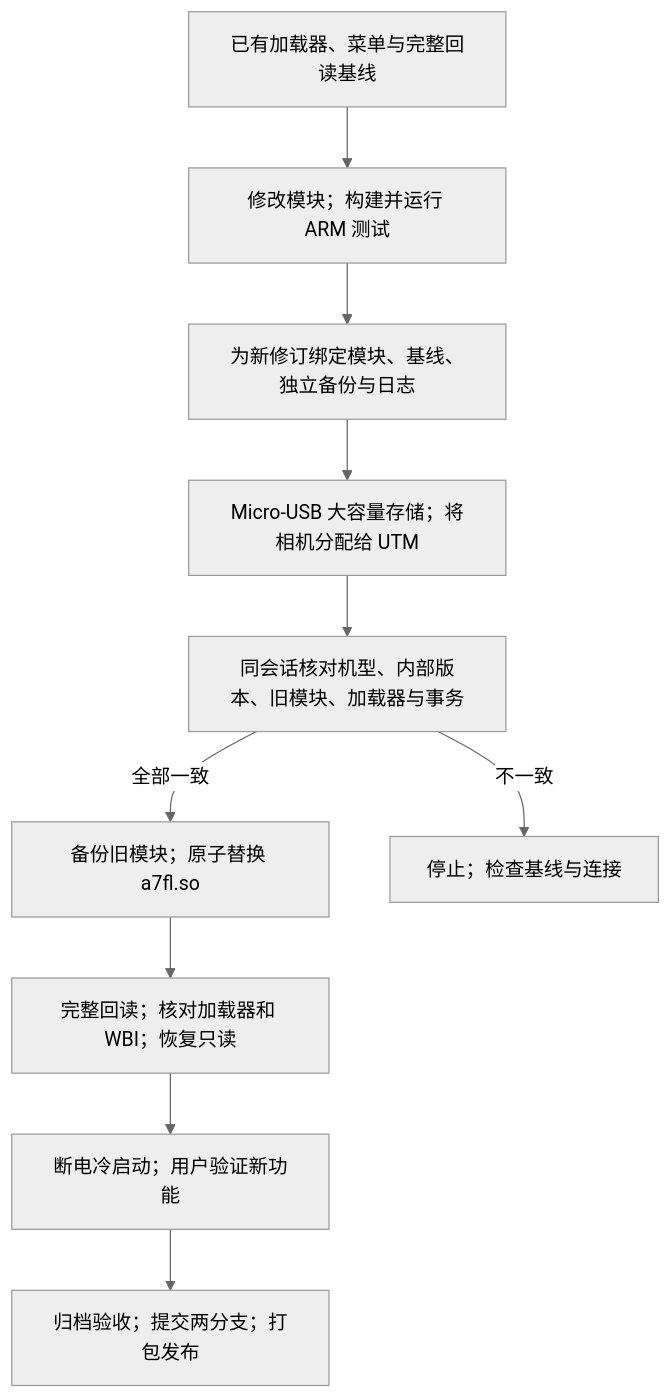
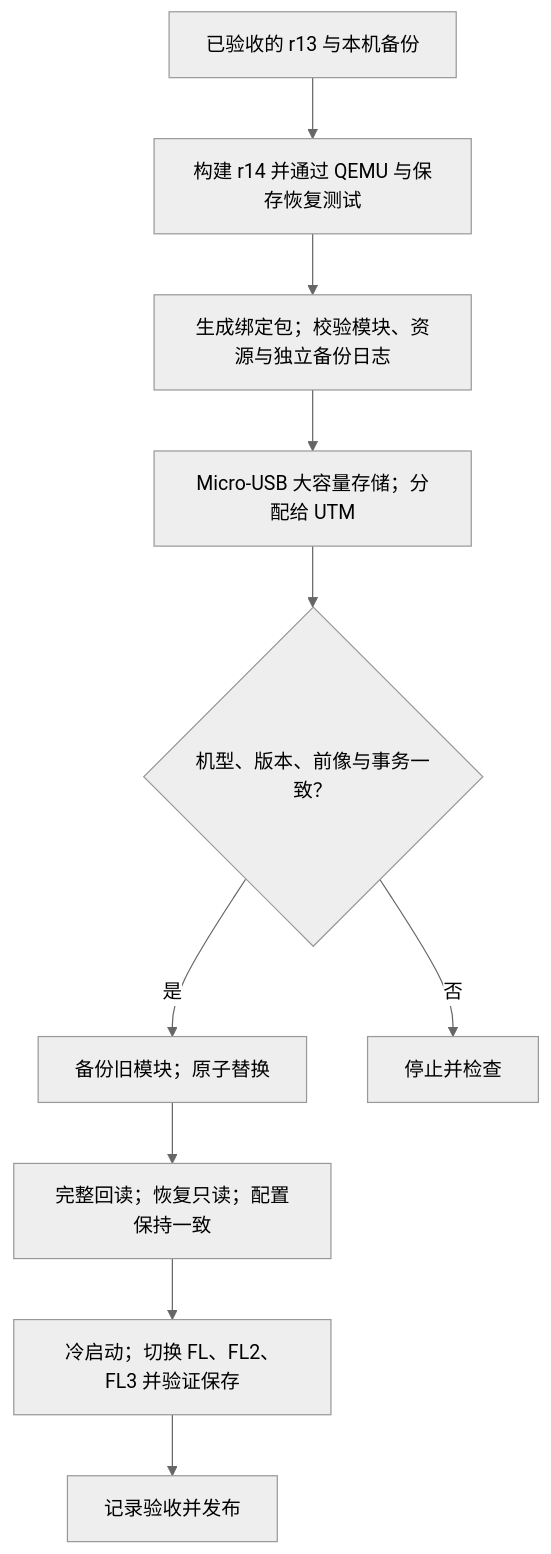
One commit to robinshie/Sony_A7M3 changed the diagram in docs/release-workflow.md. Above: the diagram before and after it, drawn with Mermaid (neutral theme). The commit also changed other lines of this file and 111 other files, not shown here.

````diff
--- a/docs/release-workflow.md
+++ b/docs/release-workflow.md
@@ -70,12 +31,12 @@
 ```mermaid
 flowchart TD
-    A[已有加载器、菜单与完整回读基线] --> B[修改模块；构建并运行 ARM 测试]
-    B --> C[为新修订绑定模块、基线、独立备份与日志]
-    C --> D[Micro-USB 大容量存储；将相机分配给 UTM]
-    D --> E[同会话核对机型、内部版本、旧模块、加载器与事务]
-    E -->|全部一致| F[备份旧模块；原子替换 a7fl.so]
-    E -->|不一致| X[停止；检查基线与连接]
-    F --> G[完整回读；核对加载器和 WBI；恢复只读]
-    G --> H[断电冷启动；用户验证新功能]
-    H --> I[归档验收；提交两分支；打包发布]
+    A[已验收的 r13 与本机备份] --> B[构建 r14 并通过 QEMU 与保存恢复测试]
+    B --> C[生成绑定包；校验模块、资源与独立备份日志]
+    C --> D[Micro-USB 大容量存储；分配给 UTM]
+    D --> E{机型、版本、前像与事务一致？}
+    E -->|是| F[备份旧模块；原子替换]
+    E -->|否| X[停止并检查]
+    F --> G[完整回读；恢复只读；配置保持一致]
+    G --> H[冷启动；切换 FL、FL2、FL3 并验证保存]
+    H --> I[记录验收并发布]
 ```
````
